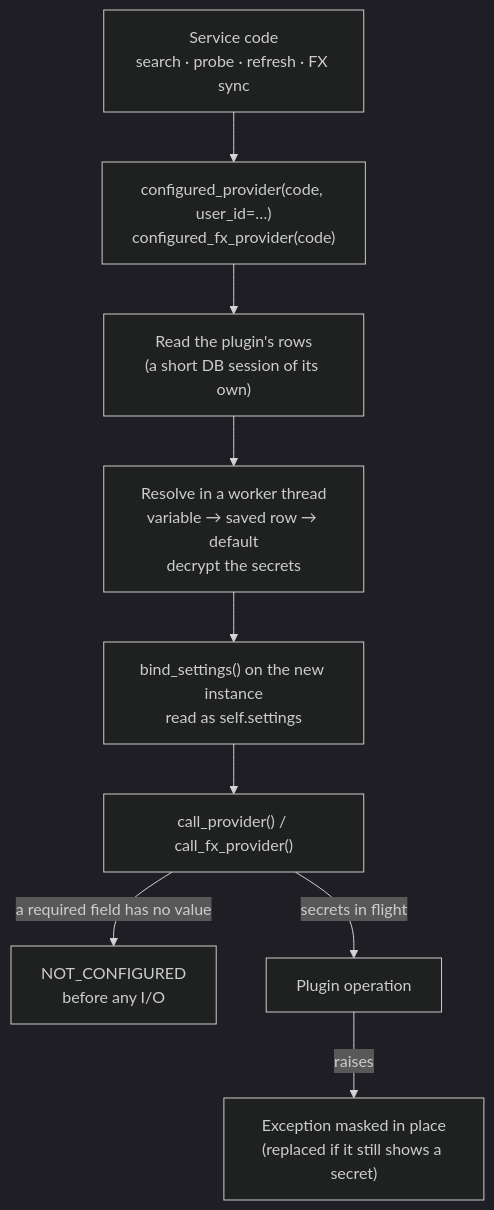
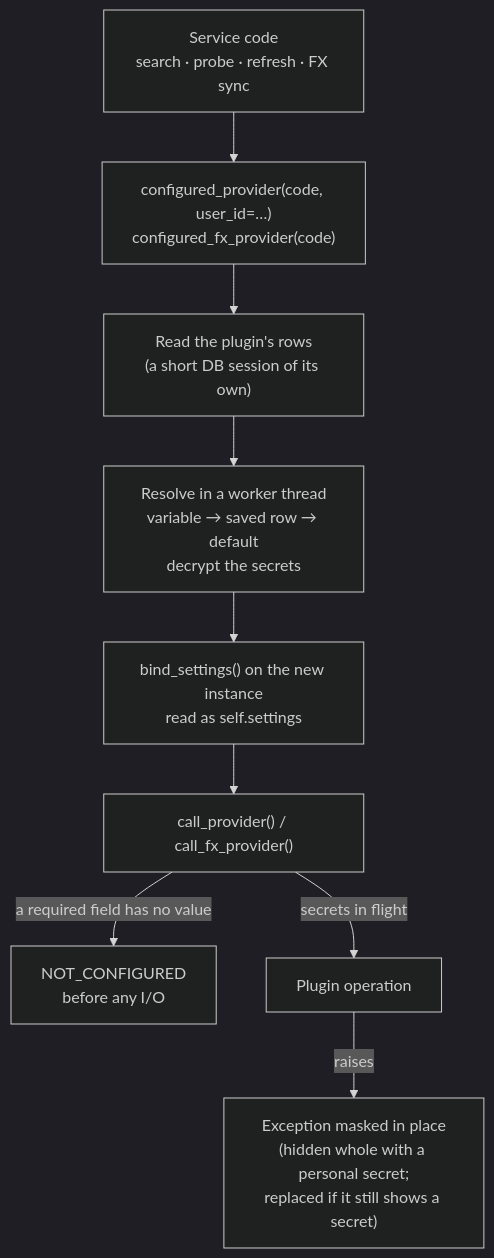
Before and after one commit to Librefolio/LibreFolio: the diagram in mkdocs_src/docs/developer/architecture/patterns/plugin_settings.md, drawn with Mermaid (dark theme). The commit also changed other lines of this file and 38 other files, not shown here.

````diff
--- a/mkdocs_src/docs/developer/architecture/patterns/plugin_settings.md
+++ b/mkdocs_src/docs/developer/architecture/patterns/plugin_settings.md
@@ -45,11 +55,11 @@
 ```mermaid
 flowchart TD
     SVC["Service code<br/>search · probe · refresh · FX sync"] --> CFG["configured_provider(code, user_id=…)<br/>configured_fx_provider(code)"]
     CFG --> ROWS["Read the plugin's rows<br/>(a short DB session of its own)"]
     ROWS --> RES["Resolve in a worker thread<br/>variable → saved row → default<br/>decrypt the secrets"]
     RES --> BIND["bind_settings() on the new instance<br/>read as self.settings"]
     BIND --> CALL["call_provider() / call_fx_provider()"]
     CALL -->|"a required field has no value"| NC["NOT_CONFIGURED<br/>before any I/O"]
     CALL -->|"secrets in flight"| OP["Plugin operation"]
-    OP -->|"raises"| MASK["Exception masked in place<br/>(replaced if it still shows a secret)"]
+    OP -->|"raises"| MASK["Exception masked in place<br/>(hidden whole with a personal secret;<br/>replaced if it still shows a secret)"]
 ```
````
